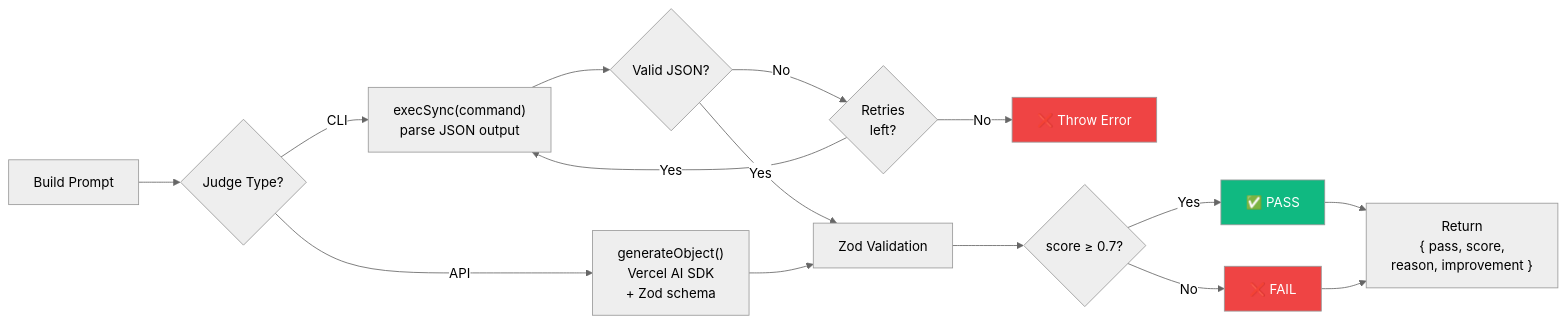
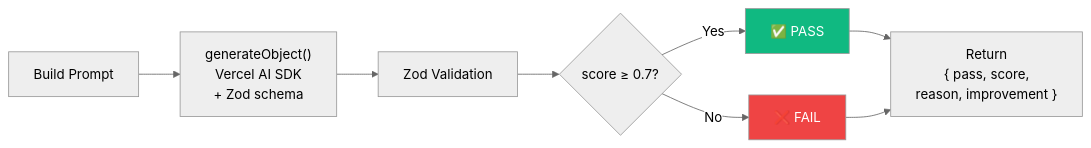
The fourth of 5 diagrams in apps/docs/guide/architecture.md (Tlahey/agent-eval), drawn with Mermaid (neutral theme) before and after one commit. The commit also changed other lines of this file and 16 other files, not shown here.

First line of the commit message:
refactor(judge): remove CLI judge, keep only LLM API path

````diff
--- a/apps/docs/guide/architecture.md
+++ b/apps/docs/guide/architecture.md
@@ -235,21 +235,13 @@
 ```mermaid
 flowchart LR
-    A["Build Prompt"] --> B{"Judge Type?"}
-    B -- API --> C["generateObject()<br/>Vercel AI SDK<br/>+ Zod schema"]
-    B -- CLI --> D["execSync(command)<br/>parse JSON output"]
-    D --> E{"Valid JSON?"}
-    E -- No --> F{"Retries<br/>left?"}
-    F -- Yes --> D
-    F -- No --> G["❌ Throw Error"]
-    E -- Yes --> H["Zod Validation"]
-    C --> H
+    A["Build Prompt"] --> C["generateObject()<br/>Vercel AI SDK<br/>+ Zod schema"]
+    C --> H["Zod Validation"]
     H --> I{"score ≥ 0.7?"}
     I -- Yes --> J["✅ PASS"]
     I -- No --> K["❌ FAIL"]
     J --> L["Return<br/>{ pass, score,<br/>reason, improvement }"]
     K --> L
 
     style J fill:#10b981,color:#fff
     style K fill:#ef4444,color:#fff
-    style G fill:#ef4444,color:#fff
 ```
````
